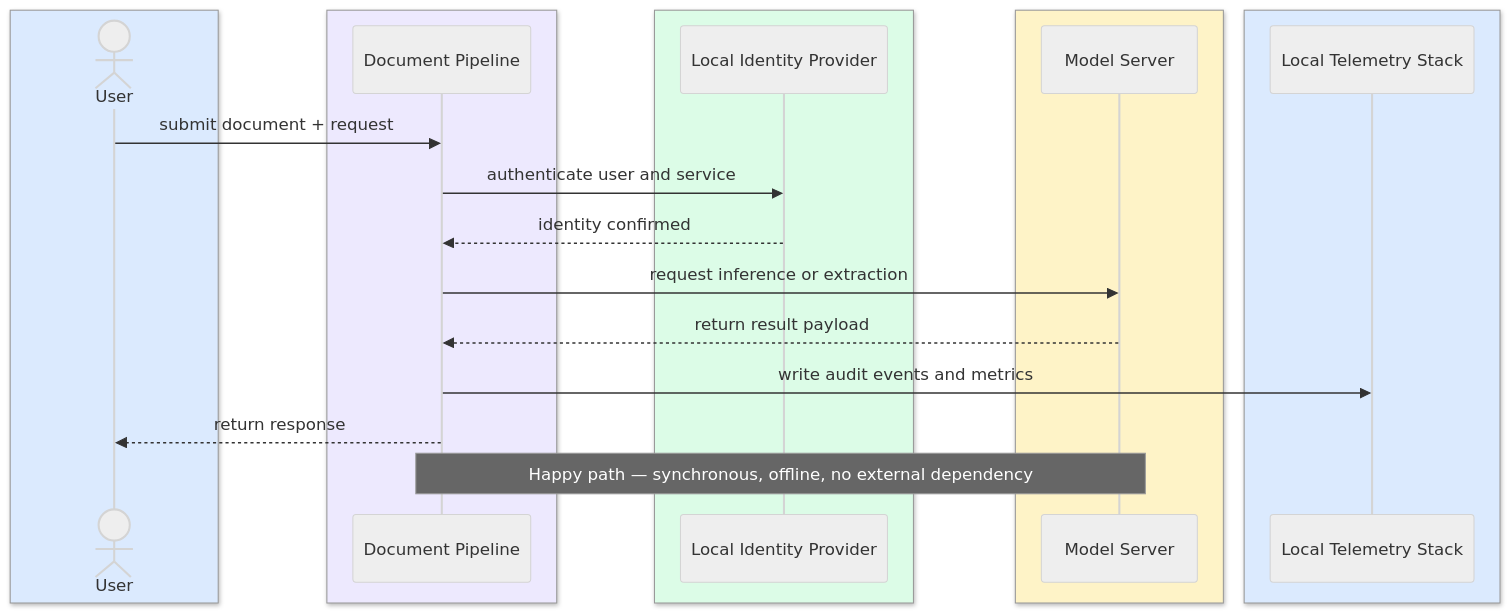
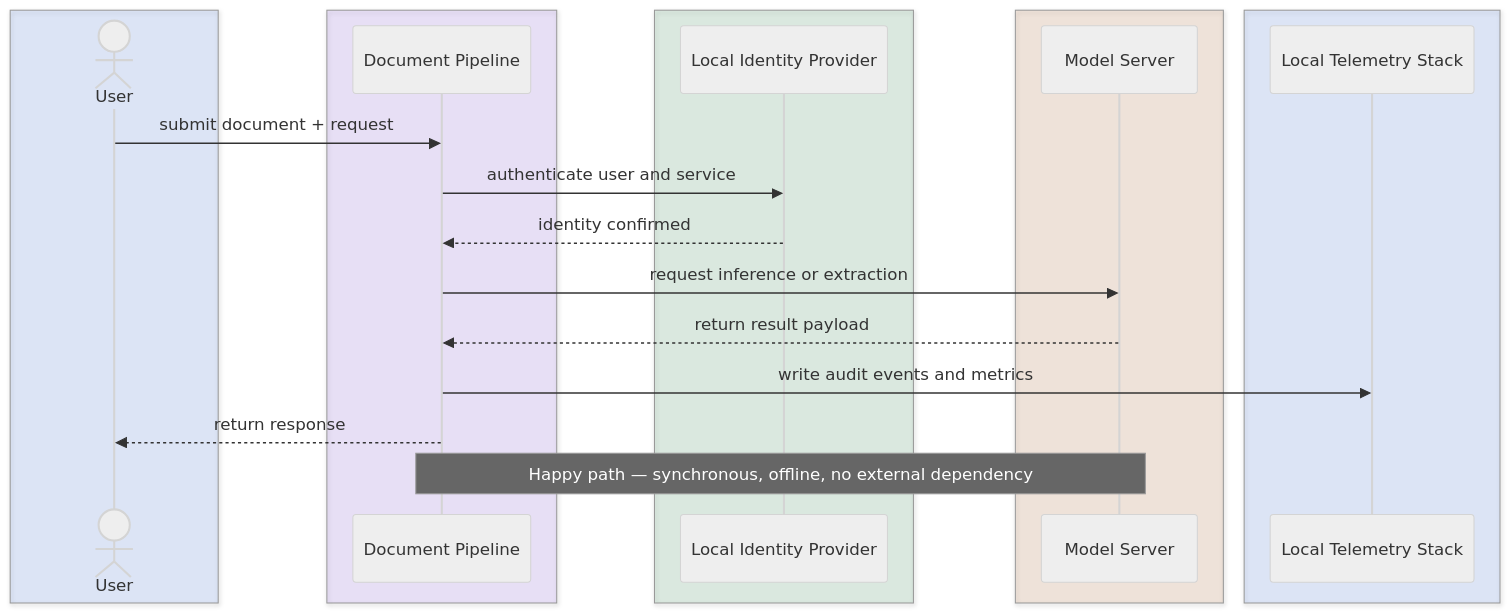
Before and after one commit to Sourav692/Forward-Deployed-Engineer-Interview-Prep: the second of 3 diagrams in site/content/modules/15-fde-case-studies/standalone-designs/air-gapped-ai-system/tutorial-v2-part-3.md, drawn with Mermaid (neutral theme). The commit also changed 49 other files, not shown here.

Commit message:
fix: preserve sequence diagram contrast in both themes

````diff
--- a/site/content/modules/15-fde-case-studies/standalone-designs/air-gapped-ai-system/tutorial-v2-part-3.md
+++ b/site/content/modules/15-fde-case-studies/standalone-designs/air-gapped-ai-system/tutorial-v2-part-3.md
@@ -100,28 +100,28 @@
 ```mermaid
 sequenceDiagram
-    box rgb(219,234,254)
+    box rgba(37,99,235,0.12)
         actor User
     end
-    box rgb(237,233,254)
+    box rgba(124,58,237,0.12)
         participant DP as Document Pipeline
     end
-    box rgb(220,252,231)
+    box rgba(21,128,61,0.12)
         participant LIP as Local Identity Provider
     end
-    box rgb(254,243,199)
+    box rgba(180,83,9,0.12)
         participant MS as Model Server
     end
-    box rgb(219,234,254)
+    box rgba(37,99,235,0.12)
         participant LTS as Local Telemetry Stack
     end
 
     User->>DP: submit document + request
     DP->>LIP: authenticate user and service
     LIP-->>DP: identity confirmed
     DP->>MS: request inference or extraction
     MS-->>DP: return result payload
     DP->>LTS: write audit events and metrics
     DP-->>User: return response
 
     Note over DP,MS: Happy path — synchronous, offline, no external dependency
 ```
````
